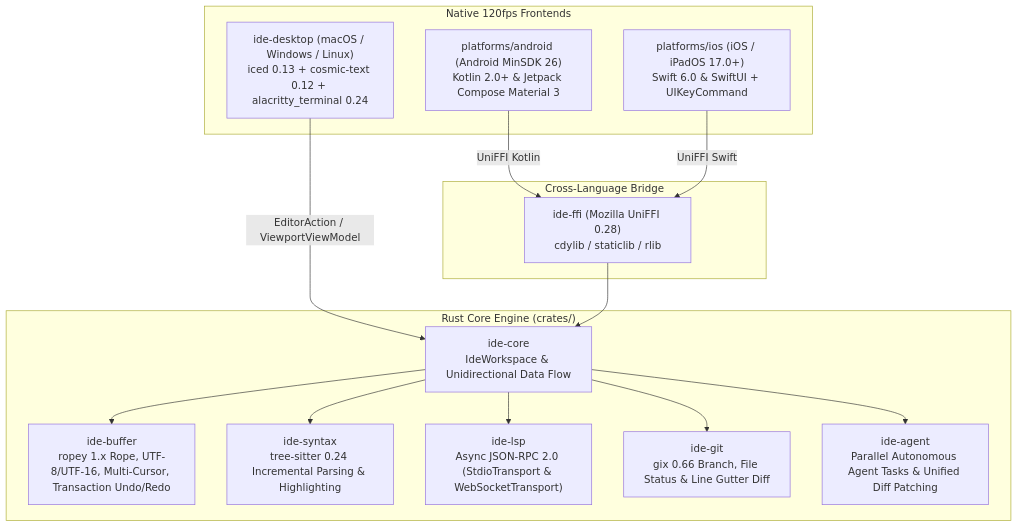
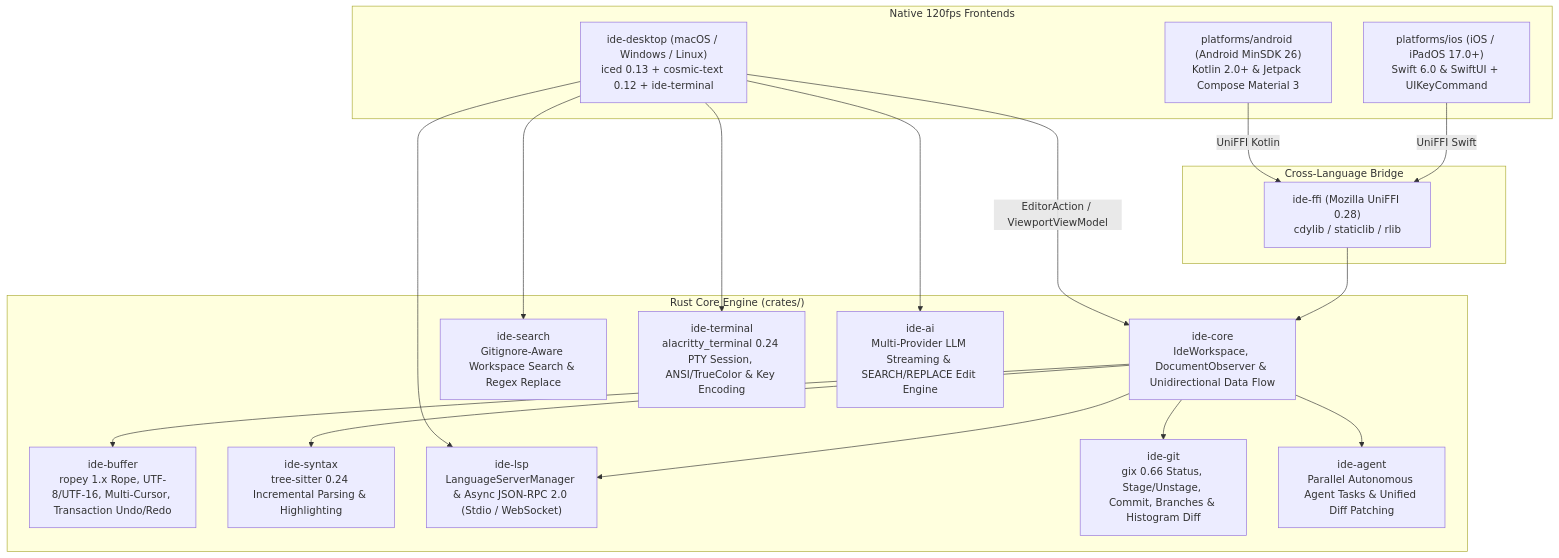
Before and after one commit to tranquoc10111996/ide-levity: the diagram in README.md, drawn with Mermaid. The commit also changed other lines of this file and 81 other files, not shown here.

````diff
--- a/README.md
+++ b/README.md
@@ -9,31 +9,38 @@
 ```mermaid
 flowchart TD
     subgraph UI["Native 120fps Frontends"]
-        Desktop["ide-desktop (macOS / Windows / Linux)\niced 0.13 + cosmic-text 0.12 + alacritty_terminal 0.24"]
+        Desktop["ide-desktop (macOS / Windows / Linux)\niced 0.13 + cosmic-text 0.12 + ide-terminal"]
         Android["platforms/android (Android MinSDK 26)\nKotlin 2.0+ & Jetpack Compose Material 3"]
         iOS["platforms/ios (iOS / iPadOS 17.0+)\nSwift 6.0 & SwiftUI + UIKeyCommand"]
     end
 
     subgraph FFI["Cross-Language Bridge"]
         UniFFI["ide-ffi (Mozilla UniFFI 0.28)\ncdylib / staticlib / rlib"]
     end
 
     subgraph Core["Rust Core Engine (crates/)"]
-        IdeCore["ide-core\nIdeWorkspace & Unidirectional Data Flow"]
+        IdeCore["ide-core\nIdeWorkspace, DocumentObserver & Unidirectional Data Flow"]
         IdeBuffer["ide-buffer\nropey 1.x Rope, UTF-8/UTF-16, Multi-Cursor, Transaction Undo/Redo"]
         IdeSyntax["ide-syntax\ntree-sitter 0.24 Incremental Parsing & Highlighting"]
-        IdeLsp["ide-lsp\nAsync JSON-RPC 2.0 (StdioTransport & WebSocketTransport)"]
-        IdeGit["ide-git\ngix 0.66 Branch, File Status & Line Gutter Diff"]
+        IdeLsp["ide-lsp\nLanguageServerManager & Async JSON-RPC 2.0 (Stdio / WebSocket)"]
+        IdeGit["ide-git\ngix 0.66 Status, Stage/Unstage, Commit, Branches & Histogram Diff"]
+        IdeSearch["ide-search\nGitignore-Aware Workspace Search & Regex Replace"]
+        IdeTerminal["ide-terminal\nalacritty_terminal 0.24 PTY Session, ANSI/TrueColor & Key Encoding"]
+        IdeAi["ide-ai\nMulti-Provider LLM Streaming & SEARCH/REPLACE Edit Engine"]
         IdeAgent["ide-agent\nParallel Autonomous Agent Tasks & Unified Diff Patching"]
     end
 
     Desktop -->|EditorAction / ViewportViewModel| IdeCore
+    Desktop --> IdeTerminal
+    Desktop --> IdeSearch
+    Desktop --> IdeLsp
+    Desktop --> IdeAi
     Android -->|UniFFI Kotlin| UniFFI
     iOS -->|UniFFI Swift| UniFFI
     UniFFI --> IdeCore
     IdeCore --> IdeBuffer
     IdeCore --> IdeSyntax
     IdeCore --> IdeLsp
     IdeCore --> IdeGit
     IdeCore --> IdeAgent
 ```
````
